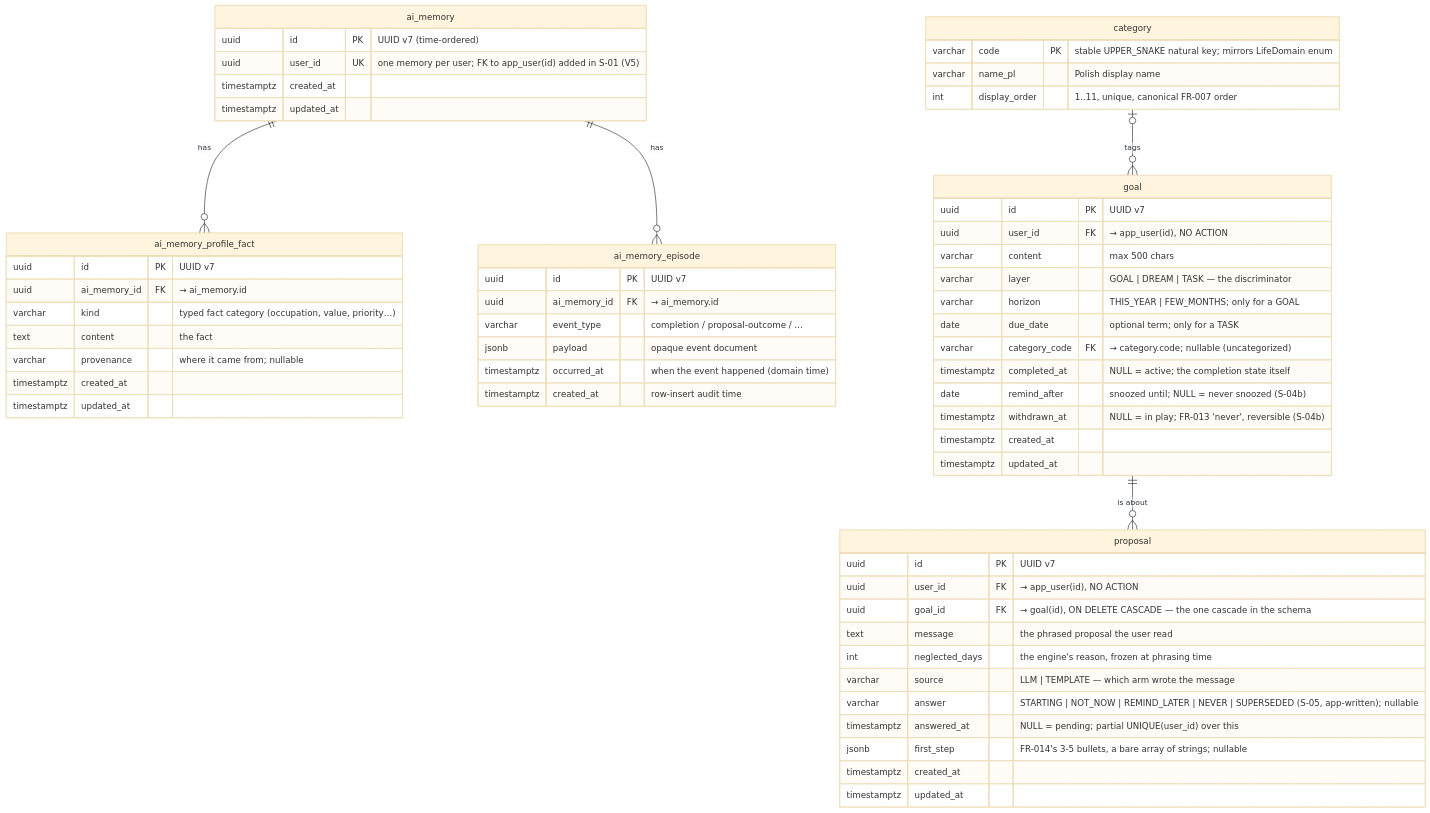
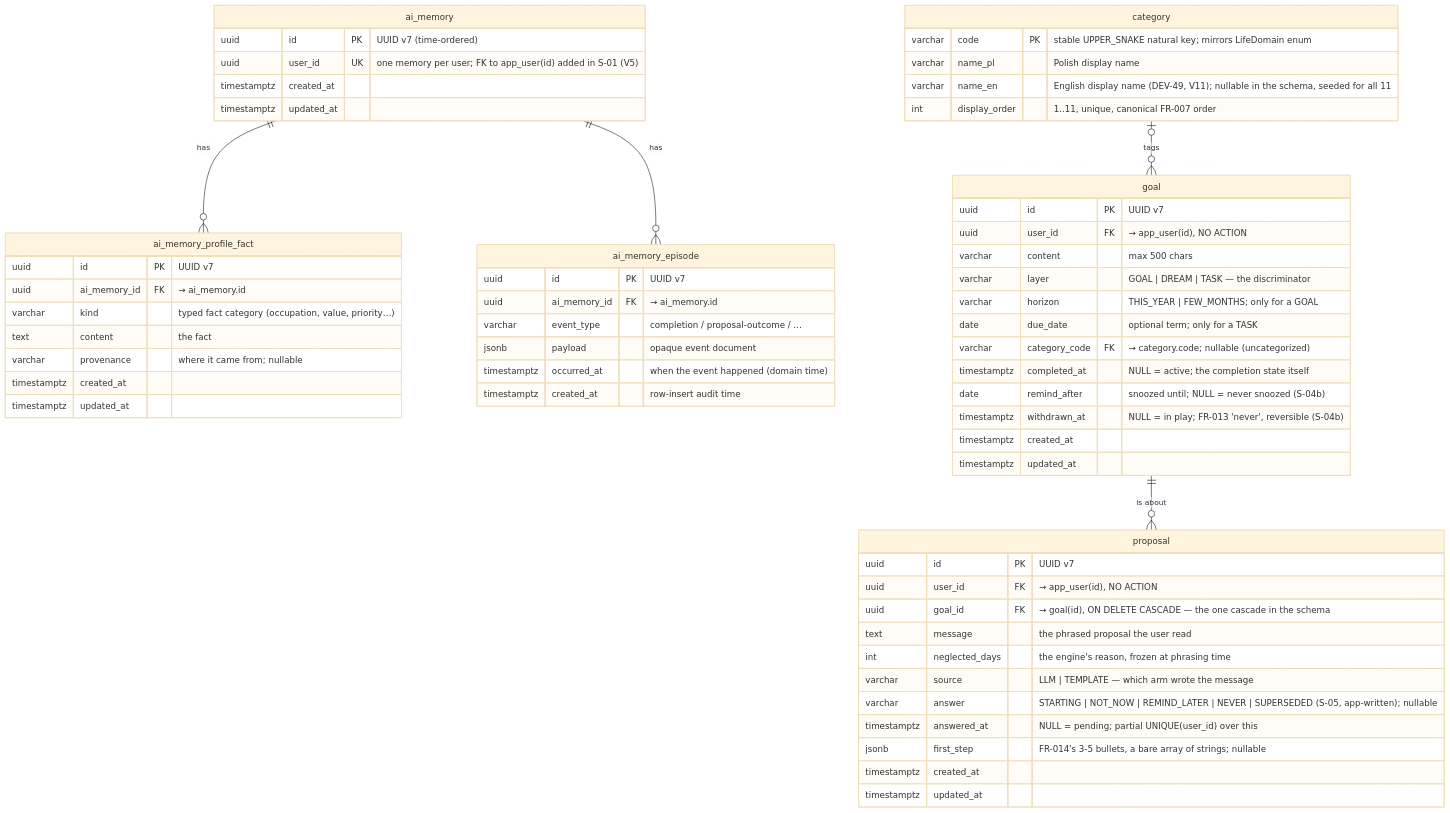
Before and after one commit to TheDariusz/2doai: the diagram in context/foundation/data-model.md, drawn with Mermaid (base theme). The commit also changed other lines of this file and 98 other files, not shown here.

First line of the commit message:
feat(pl-en-localization): Polish + English localization (DEV-49) (#38)

````diff
--- a/context/foundation/data-model.md
+++ b/context/foundation/data-model.md
@@ -10,68 +10,69 @@
 ```mermaid
 erDiagram
     category {
         varchar code PK "stable UPPER_SNAKE natural key; mirrors LifeDomain enum"
         varchar name_pl "Polish display name"
+        varchar name_en "English display name (DEV-49, V11); nullable in the schema, seeded for all 11"
         int display_order "1..11, unique, canonical FR-007 order"
     }
 
     ai_memory ||--o{ ai_memory_profile_fact : has
     ai_memory ||--o{ ai_memory_episode : has
 
     ai_memory {
         uuid id PK "UUID v7 (time-ordered)"
         uuid user_id UK "one memory per user; FK to app_user(id) added in S-01 (V5)"
         timestamptz created_at
         timestamptz updated_at
     }
     ai_memory_profile_fact {
         uuid id PK "UUID v7"
         uuid ai_memory_id FK "→ ai_memory.id"
         varchar kind "typed fact category (occupation, value, priority…)"
         text content "the fact"
         varchar provenance "where it came from; nullable"
         timestamptz created_at
         timestamptz updated_at
     }
     ai_memory_episode {
         uuid id PK "UUID v7"
         uuid ai_memory_id FK "→ ai_memory.id"
         varchar event_type "completion / proposal-outcome / …"
         jsonb payload "opaque event document"
         timestamptz occurred_at "when the event happened (domain time)"
         timestamptz created_at "row-insert audit time"
     }
 
     category |o--o{ goal : "tags"
 
     goal {
         uuid id PK "UUID v7"
         uuid user_id FK "→ app_user(id), NO ACTION"
         varchar content "max 500 chars"
         varchar layer "GOAL | DREAM | TASK — the discriminator"
         varchar horizon "THIS_YEAR | FEW_MONTHS; only for a GOAL"
         date due_date "optional term; only for a TASK"
         varchar category_code FK "→ category.code; nullable (uncategorized)"
         timestamptz completed_at "NULL = active; the completion state itself"
         date remind_after "snoozed until; NULL = never snoozed (S-04b)"
         timestamptz withdrawn_at "NULL = in play; FR-013 'never', reversible (S-04b)"
         timestamptz created_at
         timestamptz updated_at
     }
 
     goal ||--o{ proposal : "is about"
 
     proposal {
         uuid id PK "UUID v7"
         uuid user_id FK "→ app_user(id), NO ACTION"
         uuid goal_id FK "→ goal(id), ON DELETE CASCADE — the one cascade in the schema"
         text message "the phrased proposal the user read"
         int neglected_days "the engine's reason, frozen at phrasing time"
         varchar source "LLM | TEMPLATE — which arm wrote the message"
         varchar answer "STARTING | NOT_NOW | REMIND_LATER | NEVER | SUPERSEDED (S-05, app-written); nullable"
         timestamptz answered_at "NULL = pending; partial UNIQUE(user_id) over this"
         jsonb first_step "FR-014's 3-5 bullets, a bare array of strings; nullable"
         timestamptz created_at
         timestamptz updated_at
     }
 ```
````
